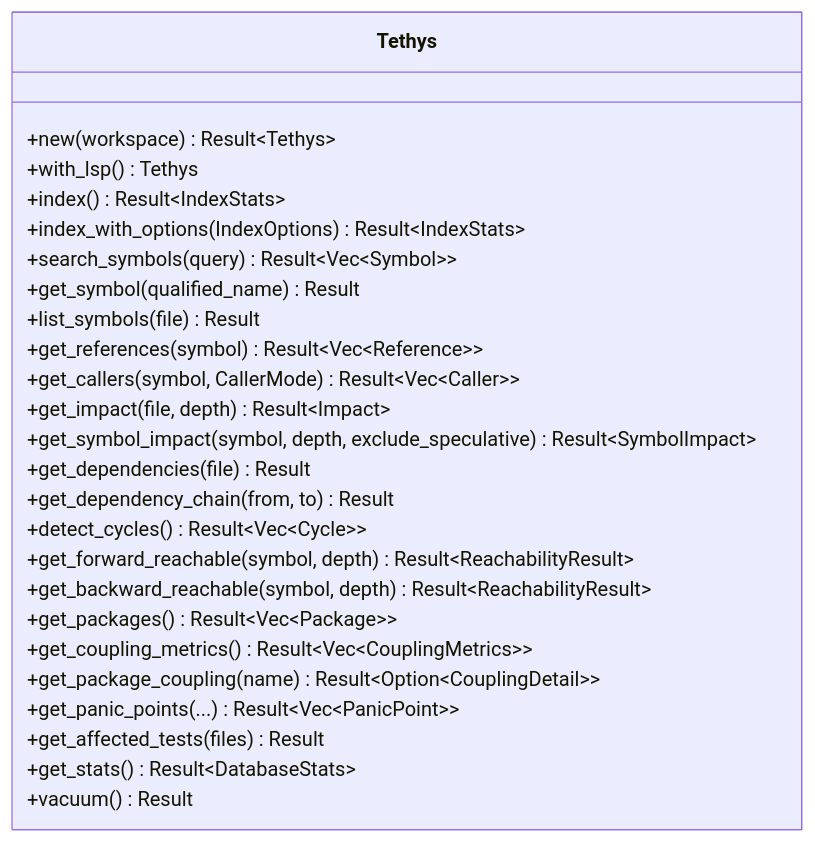
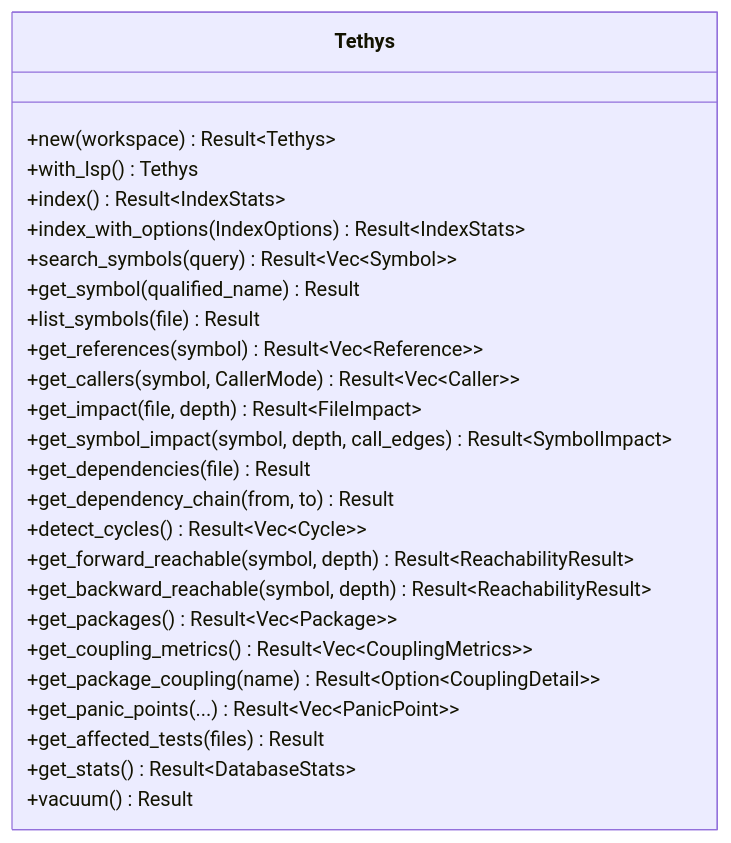
Before and after one commit to dwalleck/tethys: the diagram in .agents/summary/interfaces.md, drawn with Mermaid. The commit also changed other lines of this file and 14 other files, not shown here.

Commit message:
feat(impact): return depth-accurate file impact

````diff
--- a/.agents/summary/interfaces.md
+++ b/.agents/summary/interfaces.md
@@ -48,28 +48,28 @@
 ```mermaid
 classDiagram
     class Tethys {
         +new(workspace) Result~Tethys~
         +with_lsp() Tethys
         +index() Result~IndexStats~
         +index_with_options(IndexOptions) Result~IndexStats~
         +search_symbols(query) Result~Vec~Symbol~~
         +get_symbol(qualified_name) Result
         +list_symbols(file) Result
         +get_references(symbol) Result~Vec~Reference~~
         +get_callers(symbol, CallerMode) Result~Vec~Caller~~
-        +get_impact(file, depth) Result~Impact~
-        +get_symbol_impact(symbol, depth, exclude_speculative) Result~SymbolImpact~
+        +get_impact(file, depth) Result~FileImpact~
+        +get_symbol_impact(symbol, depth, call_edges) Result~SymbolImpact~
         +get_dependencies(file) Result
         +get_dependency_chain(from, to) Result
         +detect_cycles() Result~Vec~Cycle~~
         +get_forward_reachable(symbol, depth) Result~ReachabilityResult~
         +get_backward_reachable(symbol, depth) Result~ReachabilityResult~
         +get_packages() Result~Vec~Package~~
         +get_coupling_metrics() Result~Vec~CouplingMetrics~~
         +get_package_coupling(name) Result~Option~CouplingDetail~~
         +get_panic_points(...) Result~Vec~PanicPoint~~
         +get_affected_tests(files) Result
         +get_stats() Result~DatabaseStats~
         +vacuum() Result
     }
 ```
````
